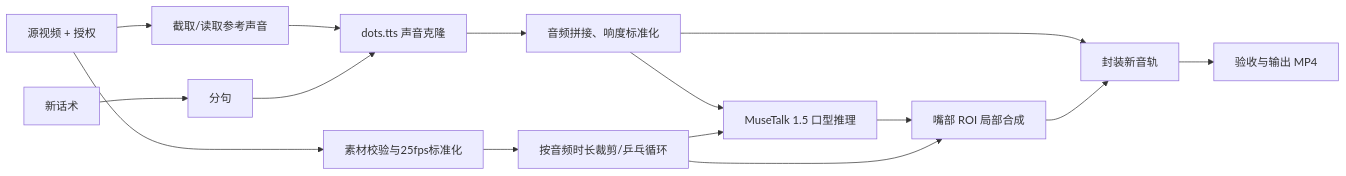
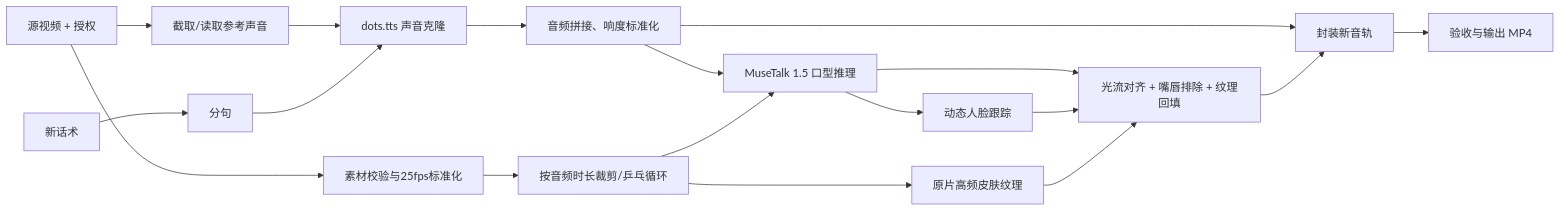
One commit to weifuqiang007/duikouxing changed the diagram in docs/PROJECT_ARCHITECTURE.md. Above: the diagram before and after it, drawn with Mermaid. The commit also changed other lines of this file and 15 other files, not shown here.

````diff
--- a/docs/PROJECT_ARCHITECTURE.md
+++ b/docs/PROJECT_ARCHITECTURE.md
@@ -69,17 +71,20 @@
 ```mermaid
 flowchart LR
     A["源视频 + 授权"] --> B["素材校验与25fps标准化"]
     A --> C["截取/读取参考声音"]
     D["新话术"] --> E["分句"]
     C --> F["dots.tts 声音克隆"]
     E --> F
     F --> G["音频拼接、响度标准化"]
     B --> H["按音频时长裁剪/乒乓循环"]
     G --> I["MuseTalk 1.5 口型推理"]
     H --> I
-    I --> J["嘴部 ROI 局部合成"]
-    H --> J
-    G --> K["封装新音轨"]
-    J --> K
-    K --> L["验收与输出 MP4"]
+    I --> J["动态人脸跟踪"]
+    H --> K["原片高频皮肤纹理"]
+    I --> L["光流对齐 + 嘴唇排除 + 纹理回填"]
+    J --> L
+    K --> L
+    G --> M["封装新音轨"]
+    L --> M
+    M --> N["验收与输出 MP4"]
 ```
````
